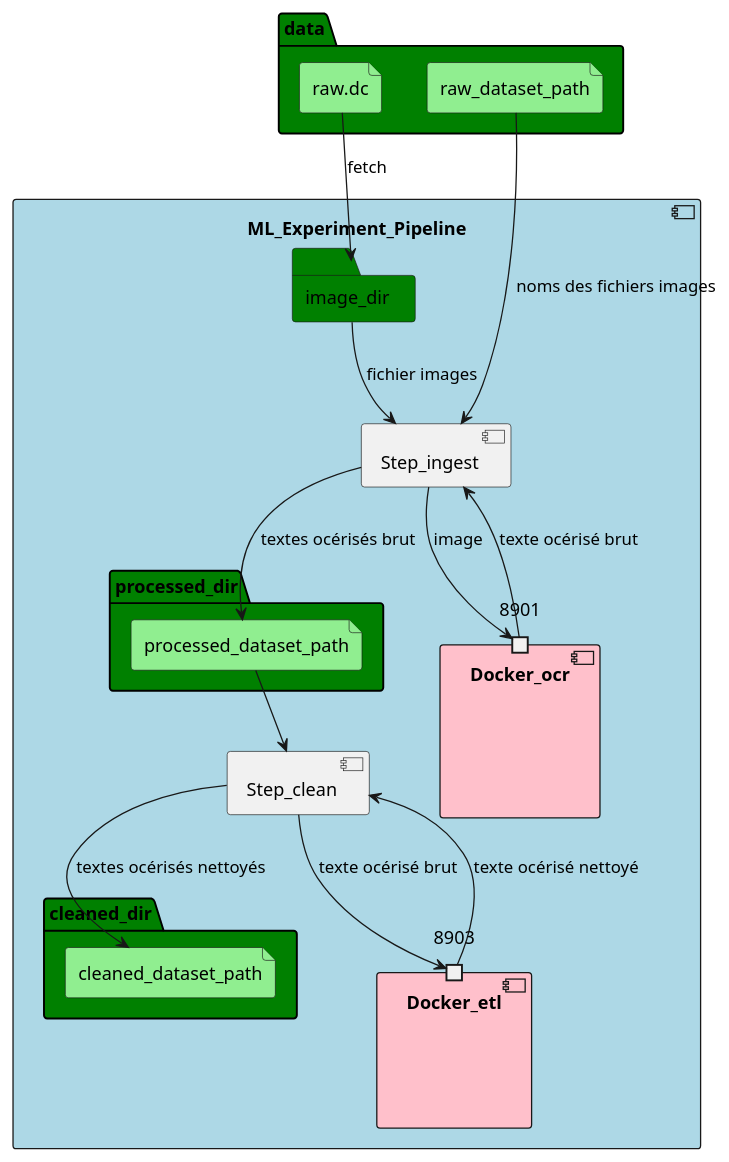
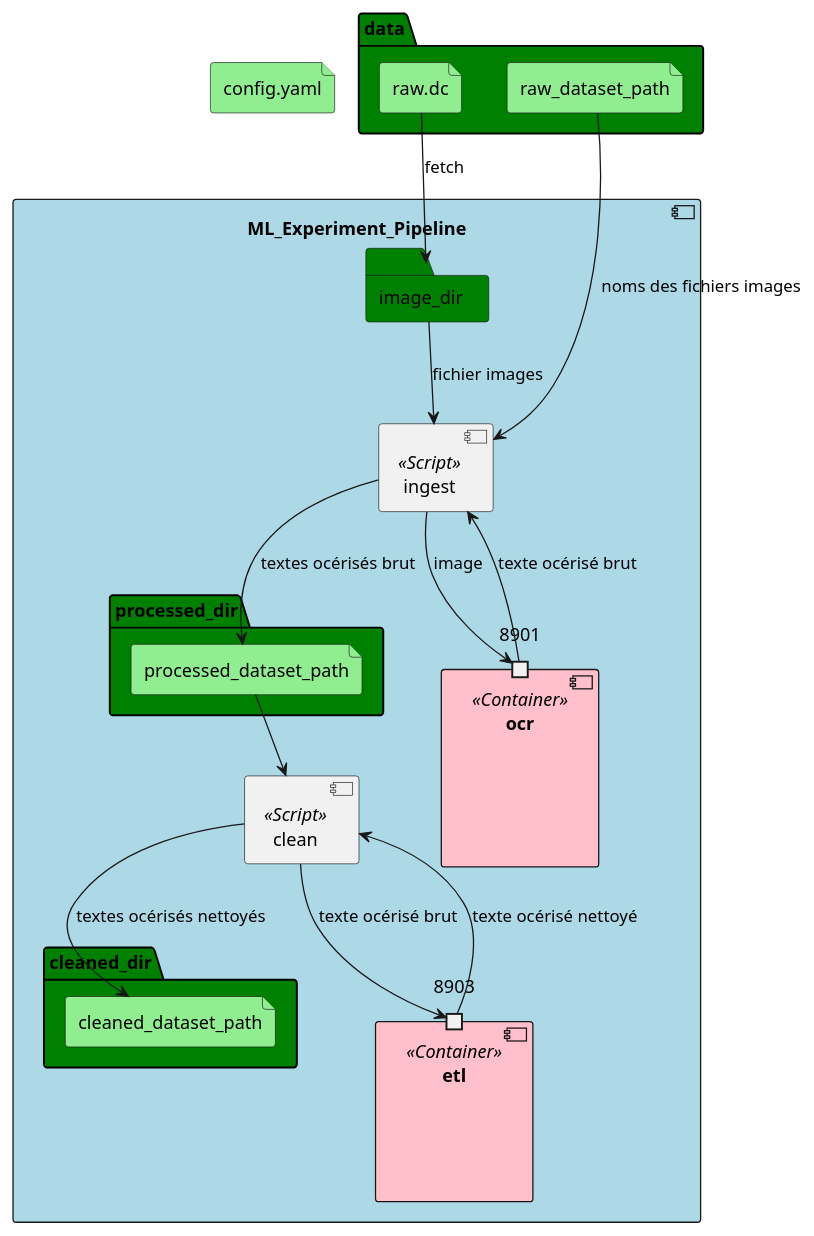
Before and after one commit to karned-formation/SEP24-MLOPS-SAKE: the diagram in report/plantUML_models/src/pipelines/ML_Experiment_Pipeline.puml, drawn with PlantUML.

Commit message:
schéma modifié

```diff
--- a/report/plantUML_models/src/pipelines/ML_Experiment_Pipeline.puml
+++ b/report/plantUML_models/src/pipelines/ML_Experiment_Pipeline.puml
@@ -1,115 +1,116 @@
 @startuml
 
 ' left to right direction 
 
 folder data  #green {
   file "raw.dc" #lightgreen
-  file raw_dataset_path #lightgreen
+  file raw_dataset_path #lightgreen  
 }
+file "config.yaml" #lightgreen
 
 [ML_Experiment_Pipeline]
 component ML_Experiment_Pipeline #lightblue {
   folder image_dir #green
   
   folder processed_dir #green {
     file processed_dataset_path #lightgreen
   }
   
   folder cleaned_dir #green {
     file cleaned_dataset_path  #lightgreen
     ' file X_train_path #lightgreen
     ' file X_test_path #lightgreen
     ' file y_train_path #lightgreen
     ' file y_test_path #lightgreen
     ' file X_test_path #lightgreen
     ' file y_test_path #lightgreen
     }
 
   ' file tfidf_vectorizer_path #lightgreen
 
   ' file model_path #lightgreen
   ' file evaluation_results_path #lightgreen
 
-  [Step_ingest]
-  component Step_ingest {
+  [ingest]
+  component ingest  <<Script>> {
   }
 
-  [Docker_ocr] 
-  component Docker_ocr #pink {
+  [ocr] 
+  component ocr <<Container>> #pink {
     portin 8901
   }
 
-  [Step_clean]
-  component Step_ingest {
+  [clean]
+  component clean  <<Script>> {
   }
 
-  [Docker_etl]
-  component Docker_etl  #pink {
+  [etl]
+  component etl <<Container>> #pink {
     port 8903
   }
 
-  ' [Step_preprocessing]
-  ' component Step_preprocessing {
+  ' [preprocessing]
+  ' component preprocessing {
   ' }
 
-  ' [Docker_preprocessing]
-  ' component Docker_preprocessing  #pink {
+  ' [preprocessing]
+  ' component preprocessing  #pink {
   '   port 8904
   ' }
 
-  ' [Step_train]
-  ' component Step_train {
+  ' [train]
+  ' component train {
   ' }
 
-  ' [Docker_train]
-  ' component Docker_train  #pink {
+  ' [train]
+  ' component train  #pink {
   '   port 8905
   ' }
 
-  ' [Step_evaluate]
-  ' component Step_evaluate {
+  ' [evaluate]
+  ' component evaluate {
   ' }
 
-  ' [Docker_evaluate]
-  ' component Docker_evaluate  #pink {
+  ' [evaluate]
+  ' component evaluate  #pink {
   '   port 8906
   ' }
 
 }
 
 [raw.dc] --> image_dir : fetch
-[raw_dataset_path] --> Step_ingest : noms des fichiers images
-image_dir --> Step_ingest : fichier images
-Step_ingest --> 8901 : image
-Step_ingest <-- 8901 : texte océrisé brut
-Step_ingest --> processed_dataset_path : textes océrisés brut
+[raw_dataset_path] --> ingest : noms des fichiers images
+image_dir --> ingest : fichier images
+ingest --> 8901 : image
+ingest <-- 8901 : texte océrisé brut
+ingest --> processed_dataset_path : textes océrisés brut
 
-processed_dataset_path --> Step_clean
-Step_clean --> 8903 : texte océrisé brut
-Step_clean <-- 8903 : texte océrisé nettoyé
-Step_clean --> cleaned_dataset_path : textes océrisés nettoyés
+processed_dataset_path --> clean
+clean --> 8903 : texte océrisé brut
+clean <-- 8903 : texte océrisé nettoyé
+clean --> cleaned_dataset_path : textes océrisés nettoyés
 
-' cleaned_dataset_path --> Step_preprocessing
-' Step_preprocessing --> 8904
-' Step_preprocessing <-- 8904
-' Step_preprocessing --> tfidf_vectorizer_path : vectorizer
-' Step_preprocessing --> X_train_path
-' Step_preprocessing --> y_train_path
-' Step_preprocessing --> X_test_path
-' Step_preprocessing --> y_test_path
+' cleaned_dataset_path --> preprocessing
+' preprocessing --> 8904
+' preprocessing <-- 8904
+' preprocessing --> tfidf_vectorizer_path : vectorizer
+' preprocessing --> X_train_path
+' preprocessing --> y_train_path
+' preprocessing --> X_test_path
+' preprocessing --> y_test_path
 
-' tfidf_vectorizer_path --> Step_train
-' X_train_path --> Step_train
-' y_train_path --> Step_train
-' Step_train --> 8905
-' Step_train <-- 8905
-' Step_train --> model_path
+' tfidf_vectorizer_path --> train
+' X_train_path --> train
+' y_train_path --> train
+' train --> 8905
+' train <-- 8905
+' train --> model_path
 
-' X_test_path --> Step_evaluate
-' y_test_path --> Step_evaluate
-' model_path --> Step_evaluate
-' Step_evaluate --> 8906
-' Step_evaluate <-- 8906
-' Step_evaluate --> evaluation_results_path
+' X_test_path --> evaluate
+' y_test_path --> evaluate
+' model_path --> evaluate
+' evaluate --> 8906
+' evaluate <-- 8906
+' evaluate --> evaluation_results_path
 
 @enduml
```
